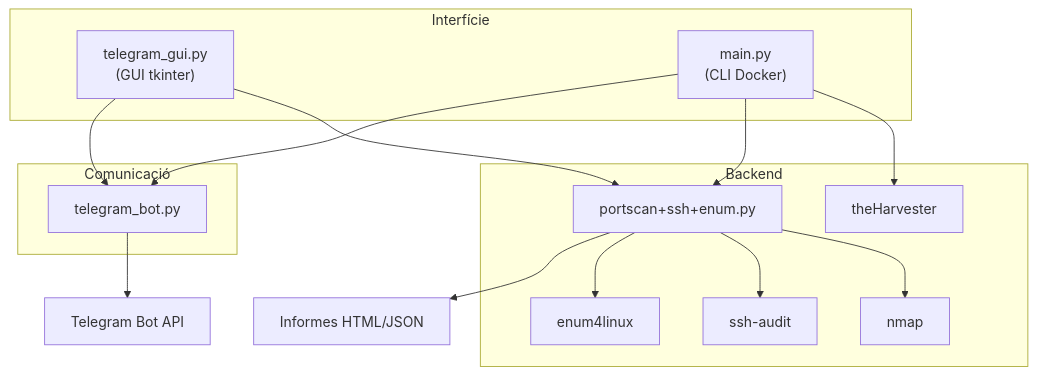
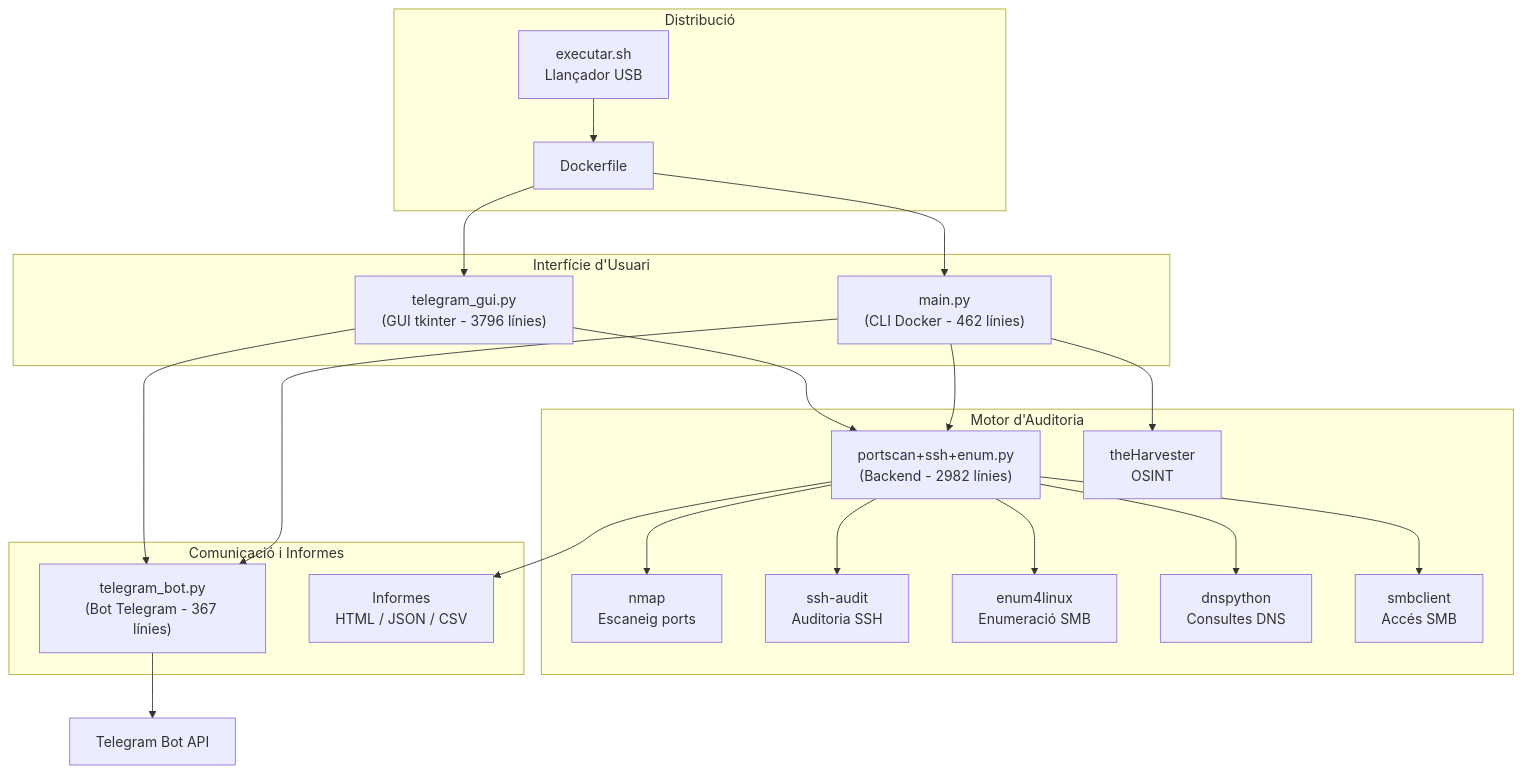
Before and after one commit to jordicerv/projecte_ebresafe: the diagram in docs/auditoria/descripcio.md, drawn with Mermaid. The commit also changed other lines of this file and 3 other files, not shown here.

````diff
--- a/docs/auditoria/descripcio.md
+++ b/docs/auditoria/descripcio.md
@@ -41,23 +65,33 @@
 ```mermaid
 graph TB
-    subgraph "Interfície"
-        GUI["telegram_gui.py<br>(GUI tkinter)"]
-        CLI["main.py<br>(CLI Docker)"]
+    subgraph "Interfície d'Usuari"
+        GUI["telegram_gui.py<br>(GUI tkinter - 3796 línies)"]
+        CLI["main.py<br>(CLI Docker - 462 línies)"]
     end
-    subgraph "Backend"
-        BACK["portscan+ssh+enum.py"]
-        BACK --> NMAP[nmap]
-        BACK --> SSHAUDIT[ssh-audit]
-        BACK --> ENUM[enum4linux]
-        CLI --> HARV[theHarvester]
+    subgraph "Motor d'Auditoria"
+        BACK["portscan+ssh+enum.py<br>(Backend - 2982 línies)"]
+        BACK --> NMAP["nmap<br>Escaneig ports"]
+        BACK --> SSHAUDIT["ssh-audit<br>Auditoria SSH"]
+        BACK --> ENUM["enum4linux<br>Enumeració SMB"]
+        BACK --> DNS_MOD["dnspython<br>Consultes DNS"]
+        BACK --> SMBCLIENT["smbclient<br>Accés SMB"]
+        CLI --> HARV["theHarvester<br>OSINT"]
     end
-    subgraph "Comunicació"
-        TEL["telegram_bot.py"]
+    subgraph "Comunicació i Informes"
+        TEL["telegram_bot.py<br>(Bot Telegram - 367 línies)"]
+        REPORTS["Informes<br>HTML / JSON / CSV"]
+    end
+    subgraph "Distribució"
+        DOCKER["Dockerfile"]
+        EXEC["executar.sh<br>Llançador USB"]
     end
     GUI --> BACK
     GUI --> TEL
     CLI --> BACK
     CLI --> TEL
-    BACK --> REPORTS["Informes HTML/JSON"]
+    BACK --> REPORTS
     TEL --> TG["Telegram Bot API"]
+    DOCKER --> GUI
+    DOCKER --> CLI
+    EXEC --> DOCKER
 ```
````
